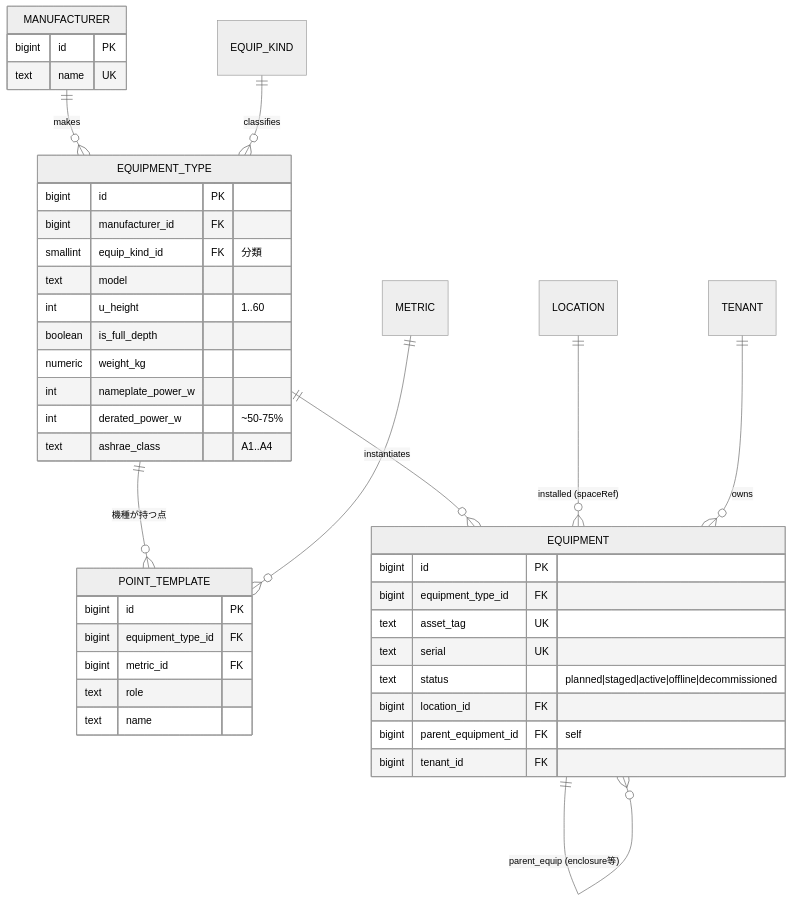
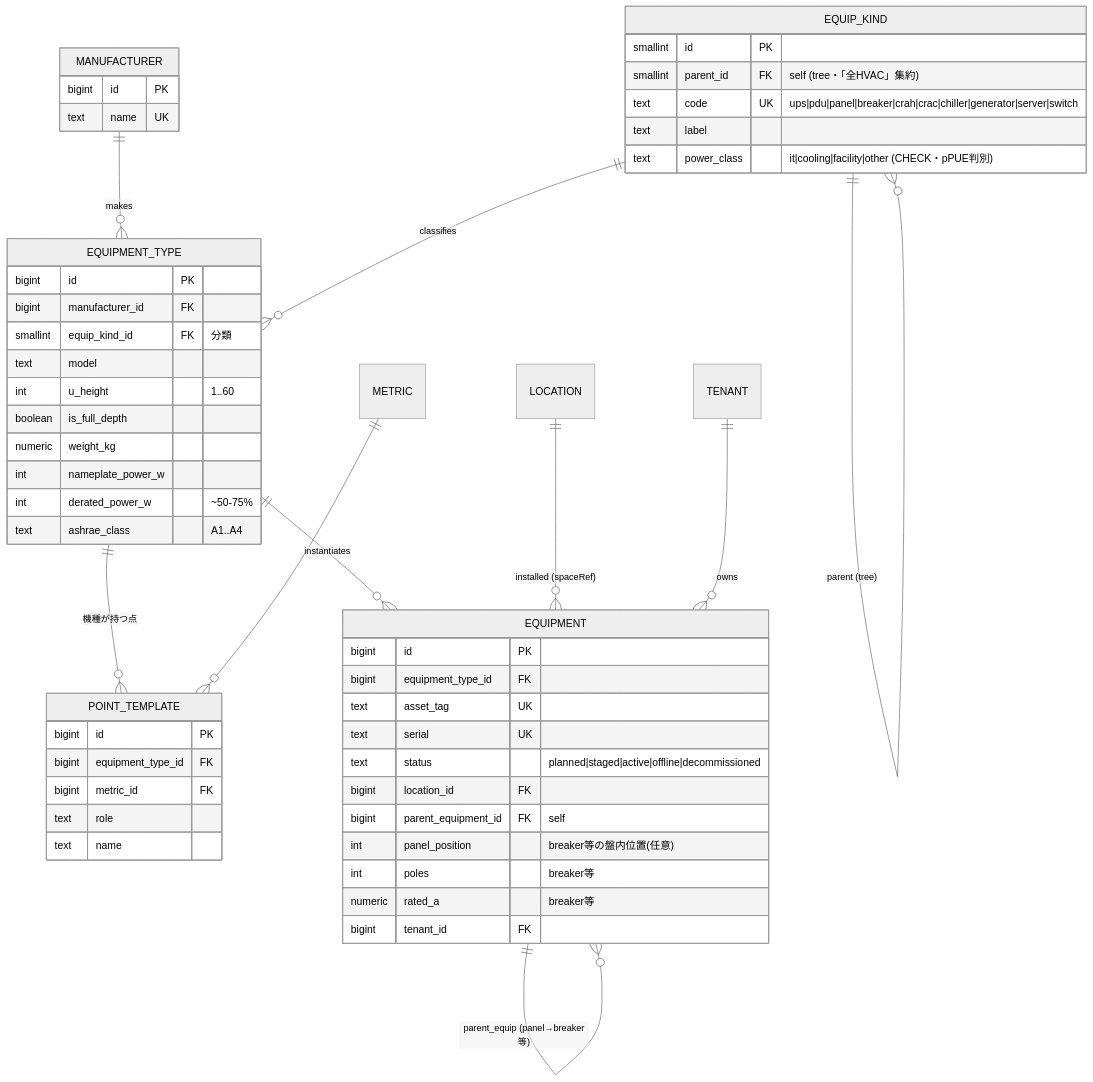
One commit to hn-11/dcim-schema-design changed the third of 9 diagrams in 03-finalists.md. Above: the diagram before and after it, drawn with Mermaid (neutral theme). The commit also changed other lines of this file and 13 other files, not shown here.

````diff
--- a/03-finalists.md
+++ b/03-finalists.md
@@ -134,45 +172,56 @@
 ```mermaid
 erDiagram
+    EQUIP_KIND ||--o{ EQUIP_KIND : "parent (tree)"
     MANUFACTURER ||--o{ EQUIPMENT_TYPE : makes
     EQUIP_KIND ||--o{ EQUIPMENT_TYPE : classifies
     EQUIPMENT_TYPE ||--o{ POINT_TEMPLATE : "機種が持つ点"
     EQUIPMENT_TYPE ||--o{ EQUIPMENT : instantiates
     METRIC ||--o{ POINT_TEMPLATE : ""
     LOCATION ||--o{ EQUIPMENT : "installed (spaceRef)"
-    EQUIPMENT ||--o{ EQUIPMENT : "parent_equip (enclosure等)"
+    EQUIPMENT ||--o{ EQUIPMENT : "parent_equip (panel→breaker等)"
     TENANT ||--o{ EQUIPMENT : owns
 
+    EQUIP_KIND {
+        smallint id PK
+        smallint parent_id FK "self (tree・「全HVAC」集約)"
+        text code UK "ups|pdu|panel|breaker|crah|crac|chiller|generator|server|switch"
+        text label
+        text power_class "it|cooling|facility|other (CHECK・pPUE判別)"
+    }
     MANUFACTURER {
         bigint id PK
         text name UK
     }
     EQUIPMENT_TYPE {
         bigint id PK
         bigint manufacturer_id FK
         smallint equip_kind_id FK "分類"
         text model
         int u_height "1..60"
         boolean is_full_depth
         numeric weight_kg
         int nameplate_power_w
         int derated_power_w "~50-75%"
         text ashrae_class "A1..A4"
     }
     POINT_TEMPLATE {
         bigint id PK
         bigint equipment_type_id FK
         bigint metric_id FK
         text role
         text name
     }
     EQUIPMENT {
         bigint id PK
         bigint equipment_type_id FK
         text asset_tag UK
         text serial UK
         text status "planned|staged|active|offline|decommissioned"
         bigint location_id FK
         bigint parent_equipment_id FK "self"
+        int panel_position "breaker等の盤内位置(任意)"
+        int poles "breaker等"
+        numeric rated_a "breaker等"
         bigint tenant_id FK
     }
 ```
````
